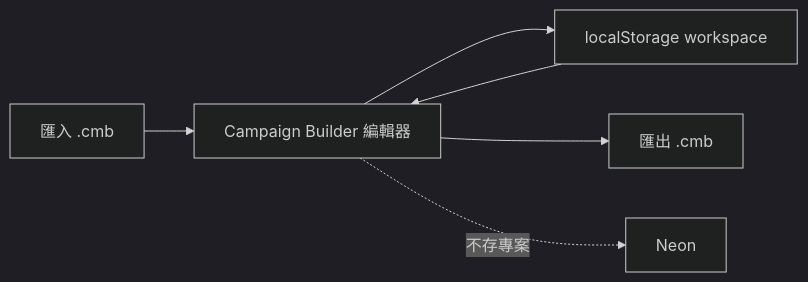
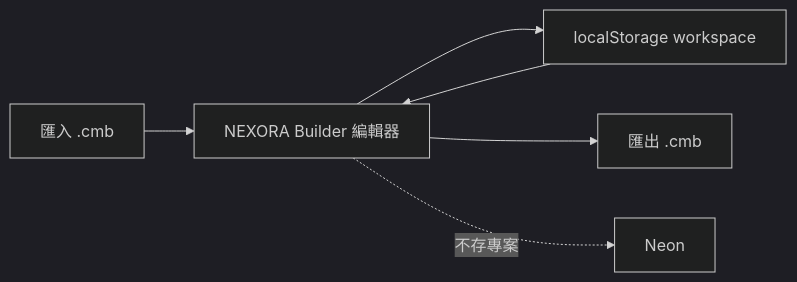
One commit to Iveslee00/Campaign-Module-Builder changed the fifth of 7 diagrams in docs/site-architecture.md. Above: the diagram before and after it, drawn with Mermaid (dark theme). The commit also changed other lines of this file and 8 other files, not shown here.

````diff
--- a/docs/site-architecture.md
+++ b/docs/site-architecture.md
@@ -138,14 +138,14 @@
 ```mermaid
 flowchart LR
-  Editor["Campaign Builder 編輯器"]
+  Editor["NEXORA Builder 編輯器"]
   LocalStorage["localStorage workspace"]
   CmbExport["匯出 .cmb"]
   CmbImport["匯入 .cmb"]
   Neon["Neon"]
 
   Editor --> LocalStorage
   LocalStorage --> Editor
   Editor --> CmbExport
   CmbImport --> Editor
   Editor -.不存專案.-> Neon
 ```
````
